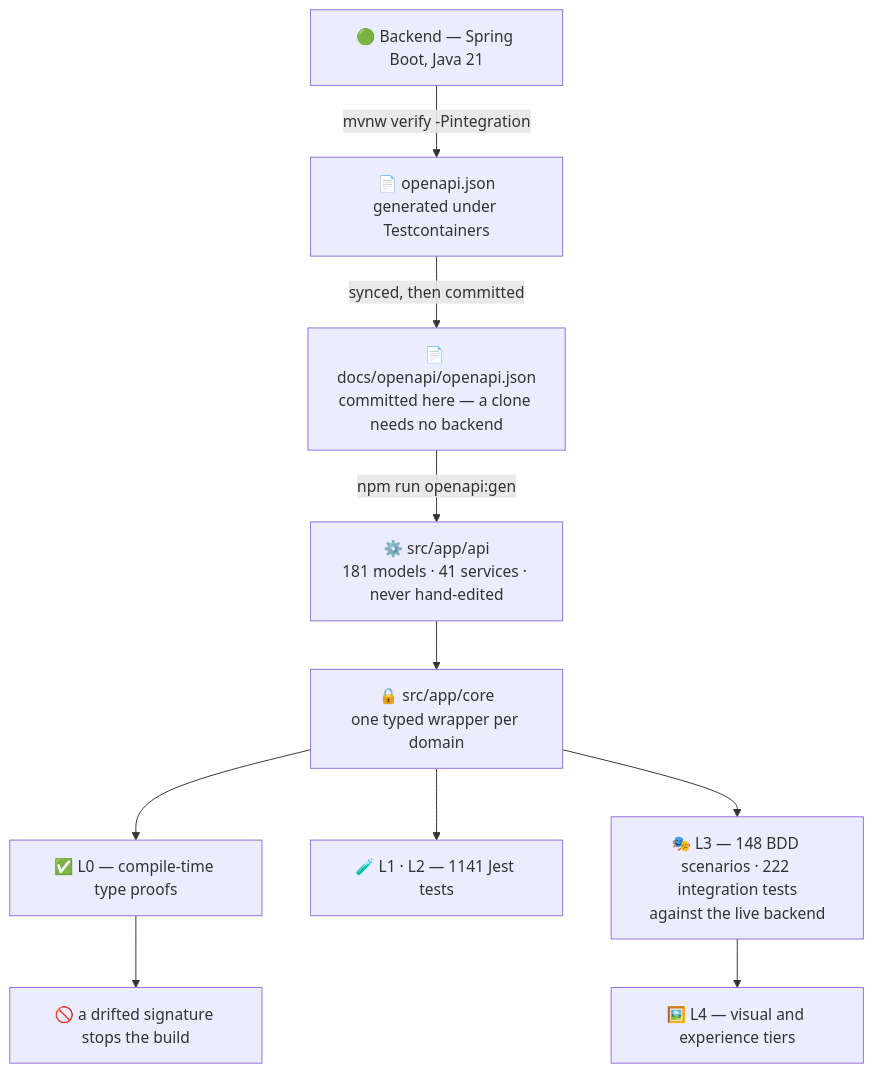
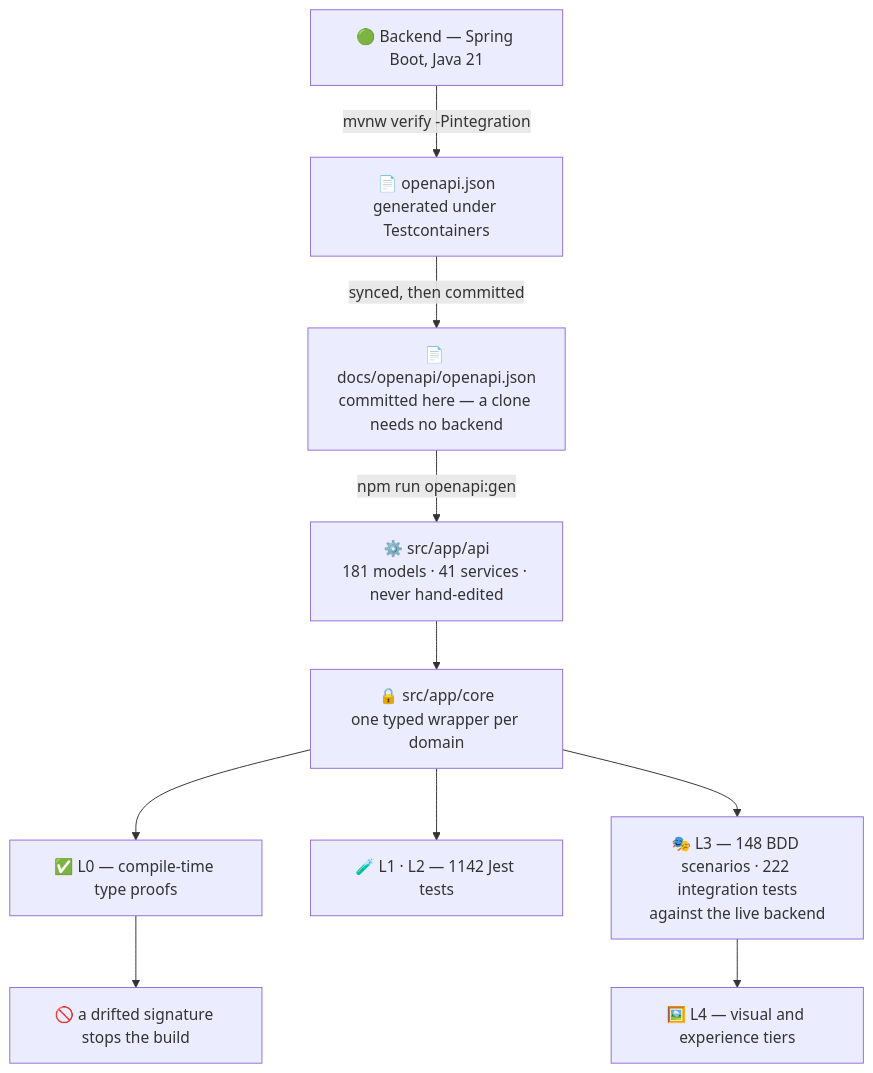
One commit to Check-It-Out-Dev/checkitout-frontend changed the diagram in README.md. Above: the diagram before and after it, drawn with Mermaid. The commit also changed other lines of this file and 10 other files, not shown here.

First line of the commit message:
Every published figure checked against one measured file

````diff
--- a/README.md
+++ b/README.md
@@ -287,23 +288,23 @@
 ```mermaid
 flowchart TD
     A["🟢 Backend — Spring Boot, Java 21"]
     B["📄 openapi.json<br/>generated under Testcontainers"]
     C["📄 docs/openapi/openapi.json<br/>committed here — a clone needs no backend"]
     D["⚙️ src/app/api<br/>181 models · 41 services · never hand-edited"]
     E["🔒 src/app/core<br/>one typed wrapper per domain"]
     F["✅ L0 — compile-time type proofs"]
-    G["🧪 L1 · L2 — 1141 Jest tests"]
+    G["🧪 L1 · L2 — 1142 Jest tests"]
     H["🎭 L3 — 148 BDD scenarios · 222 integration tests<br/>against the live backend"]
     I["🚫 a drifted signature stops the build"]
     J["🖼️ L4 — visual and experience tiers"]
 
     A -->|"mvnw verify -Pintegration"| B
     B -->|"synced, then committed"| C
     C -->|"npm run openapi:gen"| D
     D --> E
     E --> F
     E --> G
     E --> H
     F --> I
     H --> J
 ```
````
